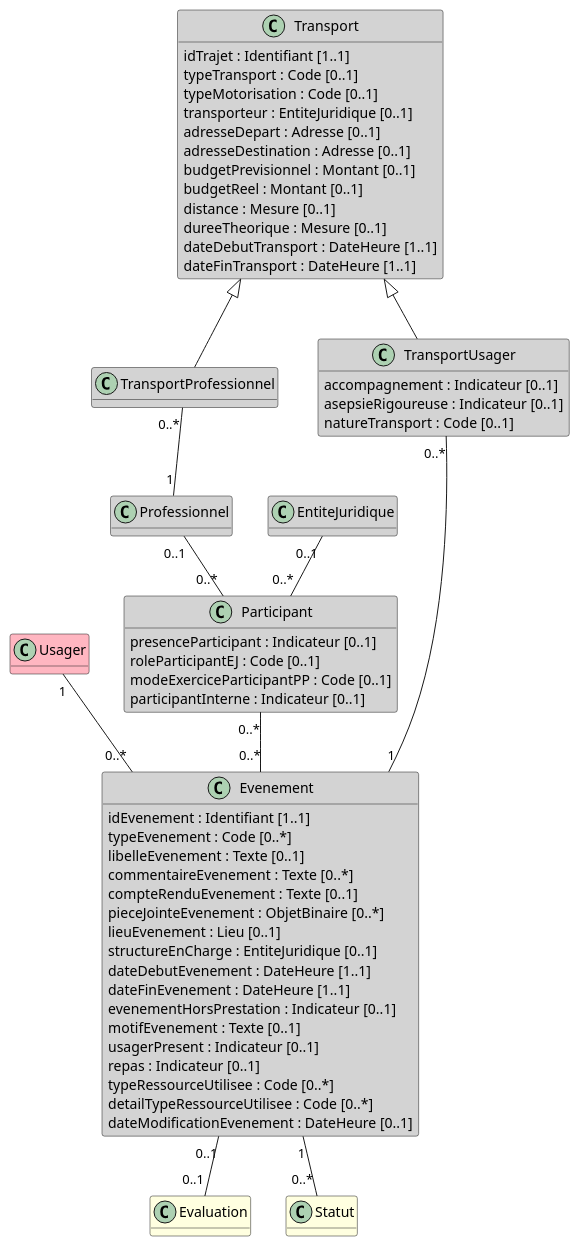
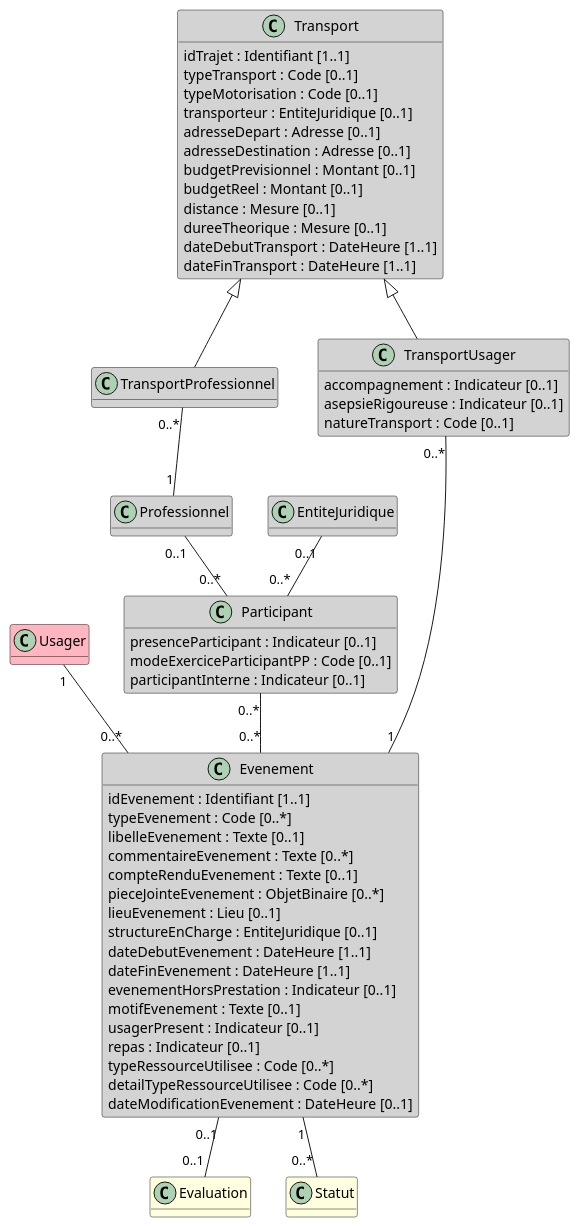
The diagram in input/images-source/bloc_evenement.plantuml (ansforge/IG-fhir-medicosocial-transfert-donnees-dui), drawn with PlantUML before and after one commit. The commit also changed 1 other file, not shown here.

```diff
--- a/input/images-source/bloc_evenement.plantuml
+++ b/input/images-source/bloc_evenement.plantuml
@@ -1,77 +1,77 @@
 @startuml
 
 hide empty methods
 
 class Usager #LightPink
 
 class TransportProfessionnel #LightGray
 
 class Evaluation #LightYellow
 
 class Professionnel #LightGray 
 
 class EntiteJuridique #LightGray 
 
 class Statut #LightYellow 
 
 class Transport #LightGray {
     idTrajet : Identifiant [1..1]
     typeTransport : Code [0..1]
     typeMotorisation : Code [0..1]
     transporteur : EntiteJuridique [0..1]
     adresseDepart : Adresse [0..1]
     adresseDestination : Adresse [0..1]
     budgetPrevisionnel : Montant [0..1]
     budgetReel : Montant [0..1]
     distance : Mesure [0..1]
     dureeTheorique : Mesure [0..1]
     dateDebutTransport : DateHeure [1..1]
     dateFinTransport : DateHeure [1..1]
 }
 
 class TransportUsager #LightGray {
     accompagnement : Indicateur [0..1]
     asepsieRigoureuse : Indicateur [0..1]
     natureTransport : Code [0..1]
 }
 
 class Evenement #LightGray {
     idEvenement : Identifiant [1..1]
     typeEvenement : Code [0..*]
     libelleEvenement : Texte [0..1]
     commentaireEvenement : Texte [0..*]
     compteRenduEvenement : Texte [0..1]
     pieceJointeEvenement : ObjetBinaire [0..*]
     lieuEvenement : Lieu [0..1]
     structureEnCharge : EntiteJuridique [0..1]
     dateDebutEvenement : DateHeure [1..1]
     dateFinEvenement : DateHeure [1..1]
     evenementHorsPrestation : Indicateur [0..1]
     motifEvenement : Texte [0..1]
     usagerPresent : Indicateur [0..1]
     repas : Indicateur [0..1]
     typeRessourceUtilisee : Code [0..*]
     detailTypeRessourceUtilisee : Code [0..*]
     dateModificationEvenement : DateHeure [0..1]
 }
 
 class Participant #LightGray {
     presenceParticipant : Indicateur [0..1]
-    roleParticipantEJ : Code [0..1]
+    'roleParticipantEJ : Code [0..1] 
     modeExerciceParticipantPP : Code [0..1]
     participantInterne : Indicateur [0..1]
 }
 
 Usager "1" -- "0..*" Evenement
 Participant "0..*" -- "0..*" Evenement
 Professionnel "0..1" -- "0..*" Participant
 EntiteJuridique "0..1" -- "0..*" Participant
 Transport <|-- TransportProfessionnel
 Transport <|-- TransportUsager
 TransportUsager "0..*" -- "1" Evenement
 TransportProfessionnel "0..*" -- "1" Professionnel
 Evenement "0..1" -- "0..1" Evaluation
 Evenement "1" -- "0..*" Statut
 
 
 @enduml
```
